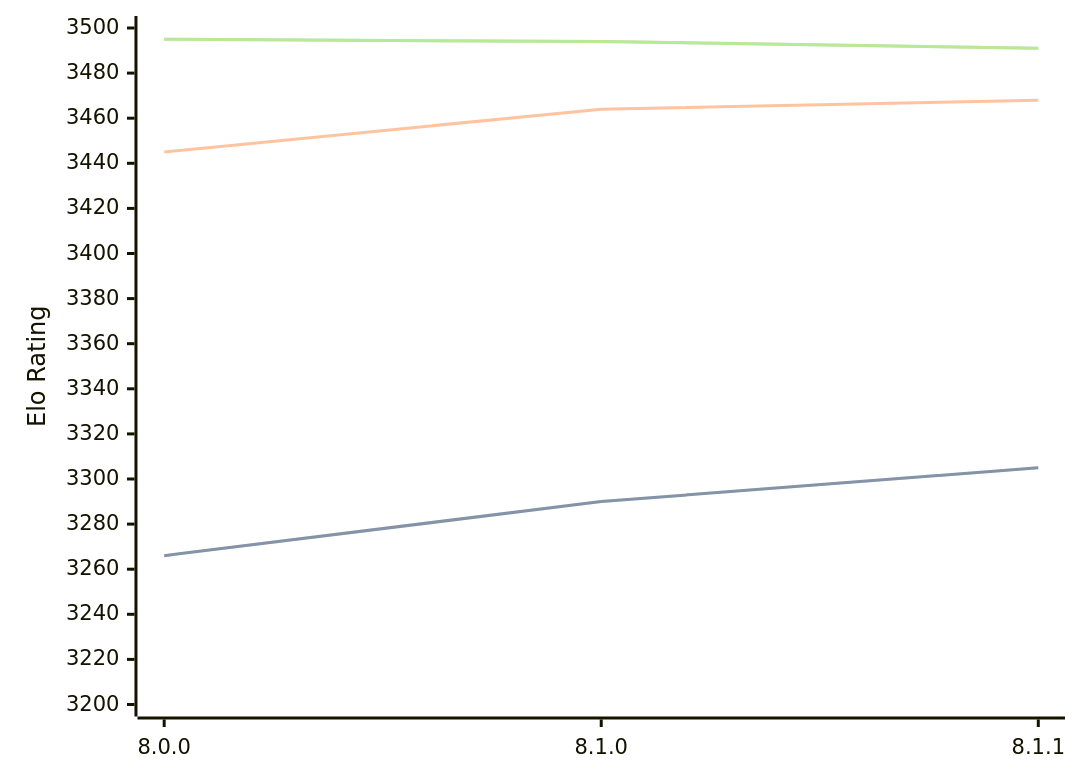
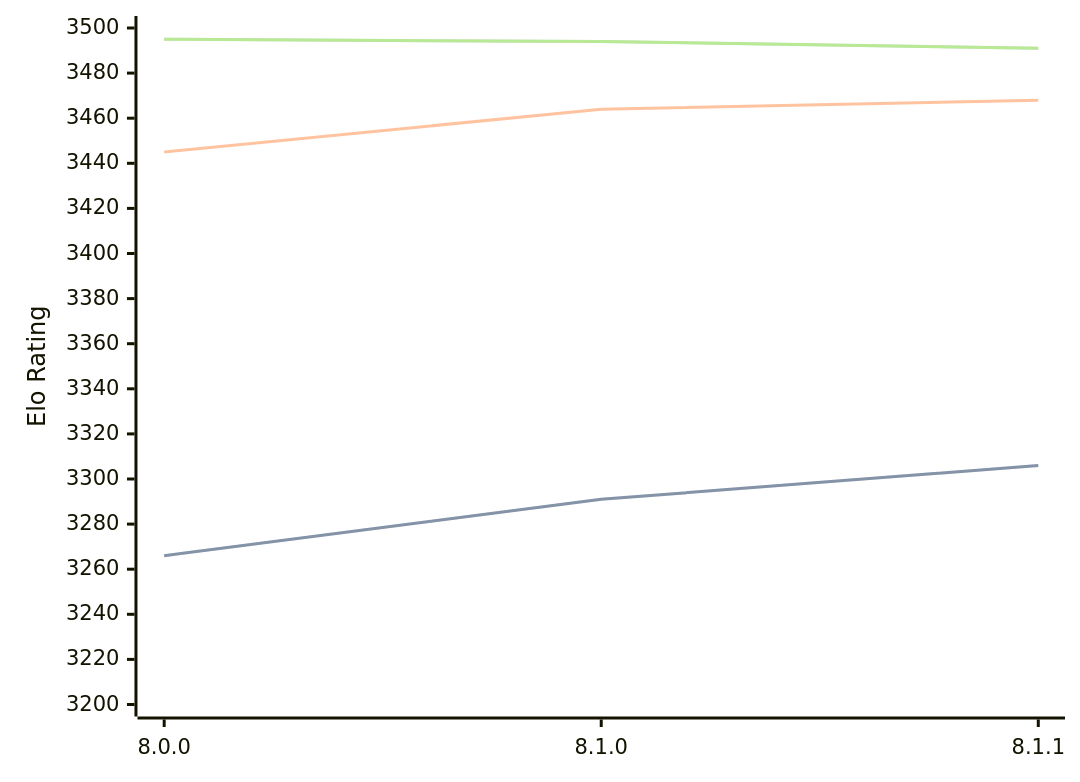
Before and after one commit to computer-chess-index/cci: the diagram in engines/Velvet.md, drawn with Mermaid. The commit also changed other lines of this file, not shown here.

````diff
--- a/engines/Velvet.md
+++ b/engines/Velvet.md
@@ -57,11 +57,11 @@
 ```mermaid
 %%{init: {"theme":"base","themeVariables":{"seriesColors:['#a3a3a3','#222221','#faa371']}}}%%
 xychart-beta
   x-axis ["8.0.0", "8.1.0", "8.1.1"]
   y-axis "Elo Rating" 3200 --> 3500
-  line "STC (8.0+0.08s)" [3266, 3290, 3305]
-  line "STC (8.0+0.08s)" [3266, 3290, 3305]
+  line "STC (8.0+0.08s)" [3266, 3291, 3306]
+  line "STC (8.0+0.08s)" [3266, 3291, 3306]
   line "LTC (60.0+0.60s)" [3445, 3464, 3468]
   line "VLTC (2m24s+1.12s)" [3495, 3494, 3491]
   line "VLTC (2m24s+1.12s)" [3495, 3494, 3491]
 ```
````
